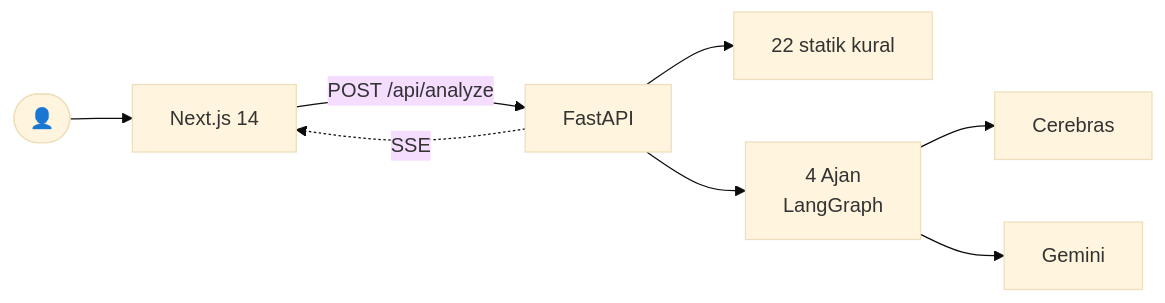
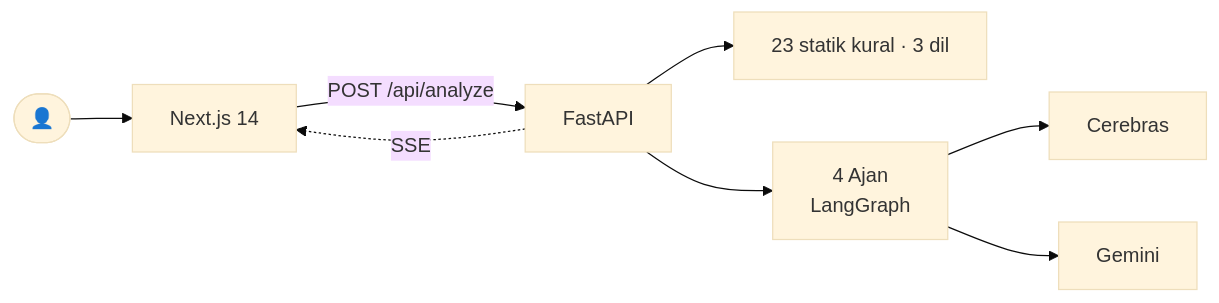
The diagram in README.md (MaNga-003/Kod-Hekim), drawn with Mermaid (base theme) before and after one commit. The commit also changed other lines of this file and 93 other files, not shown here.

````diff
--- a/README.md
+++ b/README.md
@@ -101,10 +101,10 @@
 ```mermaid
 flowchart LR
     User([👤]) --> FE[Next.js 14]
     FE -->|POST /api/analyze| BE[FastAPI]
     BE -.->|SSE| FE
-    BE --> Static[22 statik kural]
+    BE --> Static[23 statik kural · 3 dil]
     BE --> Pipeline[4 Ajan<br/>LangGraph]
     Pipeline --> Cerebras[Cerebras]
     Pipeline --> Gemini[Gemini]
 ```
````
